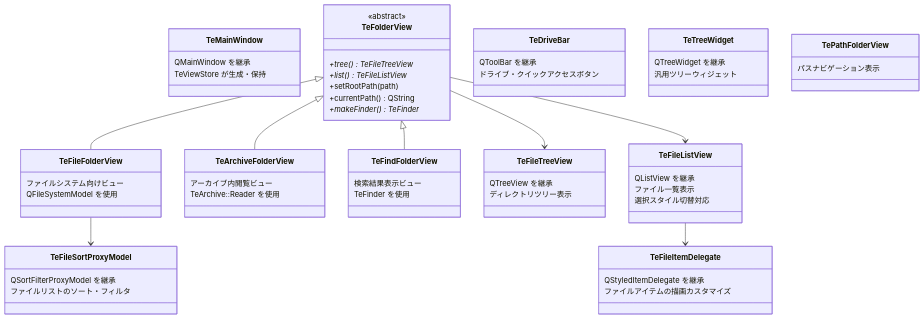
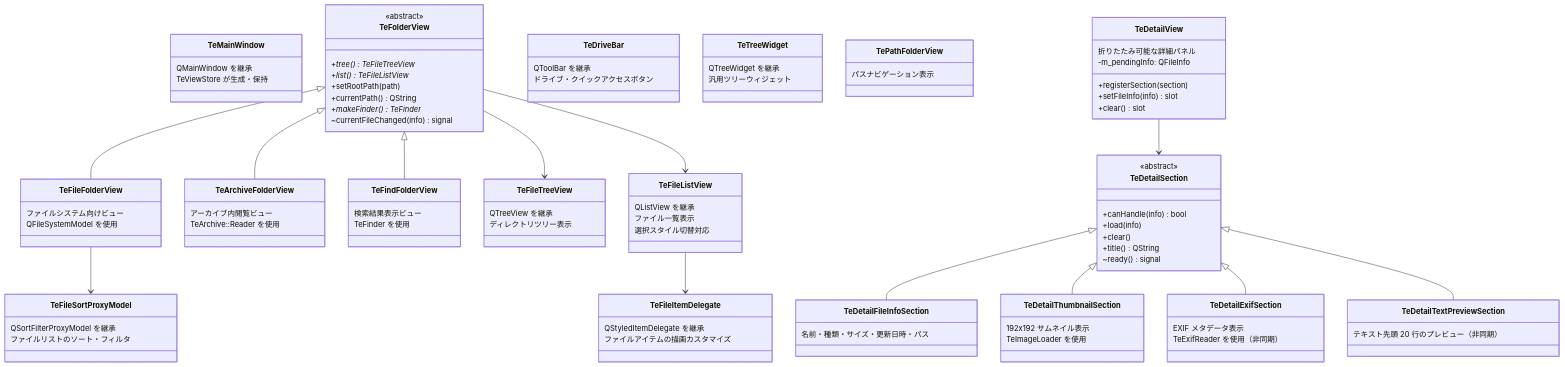
The diagram in doc/markdown/08_widgets.md (takashiK/TableEngine), drawn with Mermaid before and after one commit. The commit also changed other lines of this file and 25 other files, not shown here.

````diff
--- a/doc/markdown/08_widgets.md
+++ b/doc/markdown/08_widgets.md
@@ -23,6 +23,7 @@
         +setRootPath(path)
         +currentPath() QString
         +makeFinder() TeFinder*
+        ~currentFileChanged(info) signal
     }
     class TeFileFolderView {
         ファイルシステム向けビュー
@@ -64,6 +65,35 @@
     class TePathFolderView {
         パスナビゲーション表示
     }
+    class TeDetailView {
+        折りたたみ可能な詳細パネル
+        +registerSection(section)
+        +setFileInfo(info) slot
+        +clear() slot
+        -m_pendingInfo: QFileInfo
+    }
+    class TeDetailSection {
+        <<abstract>>
+        +canHandle(info) bool
+        +load(info)
+        +clear()
+        +title() QString
+        ~ready() signal
+    }
+    class TeDetailFileInfoSection {
+        名前・種類・サイズ・更新日時・パス
+    }
+    class TeDetailThumbnailSection {
+        192x192 サムネイル表示
+        TeImageLoader を使用
+    }
+    class TeDetailExifSection {
+        EXIF メタデータ表示
+        TeExifReader を使用（非同期）
+    }
+    class TeDetailTextPreviewSection {
+        テキスト先頭 20 行のプレビュー（非同期）
+    }
 
     TeFolderView <|-- TeFileFolderView
     TeFolderView <|-- TeArchiveFolderView
@@ -72,4 +102,9 @@
     TeFolderView --> TeFileListView
     TeFileFolderView --> TeFileSortProxyModel
     TeFileListView --> TeFileItemDelegate
+    TeDetailView --> TeDetailSection
+    TeDetailSection <|-- TeDetailFileInfoSection
+    TeDetailSection <|-- TeDetailThumbnailSection
+    TeDetailSection <|-- TeDetailExifSection
+    TeDetailSection <|-- TeDetailTextPreviewSection
 ```
````
